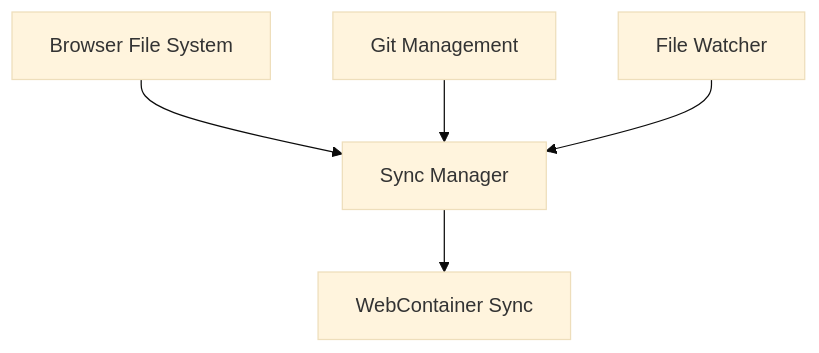
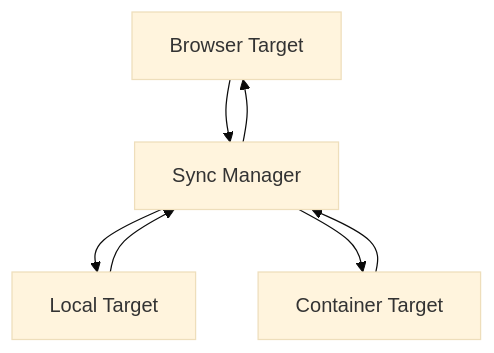
One commit to mrsimpson/piddie changed the first of 5 diagrams in packages/files-management/README.md. Above: the diagram before and after it, drawn with Mermaid (base theme). The commit also changed other lines of this file and 5 other files, not shown here.

````diff
--- a/packages/files-management/README.md
+++ b/packages/files-management/README.md
@@ -9,7 +9,9 @@
 ```mermaid
 graph TD
-    BrowserFS[Browser File System] --> SyncManager[Sync Manager]
-    GitManagement[Git Management] --> SyncManager
-    FileWatcher[File Watcher] --> SyncManager
-    SyncManager --> WebContainer[WebContainer Sync]
+    BrowserTarget[Browser Target] --> Manager[Sync Manager]
+    LocalTarget[Local Target] --> Manager
+    ContainerTarget[Container Target] --> Manager
+    Manager --> BrowserTarget
+    Manager --> LocalTarget
+    Manager --> ContainerTarget
 ```
````
